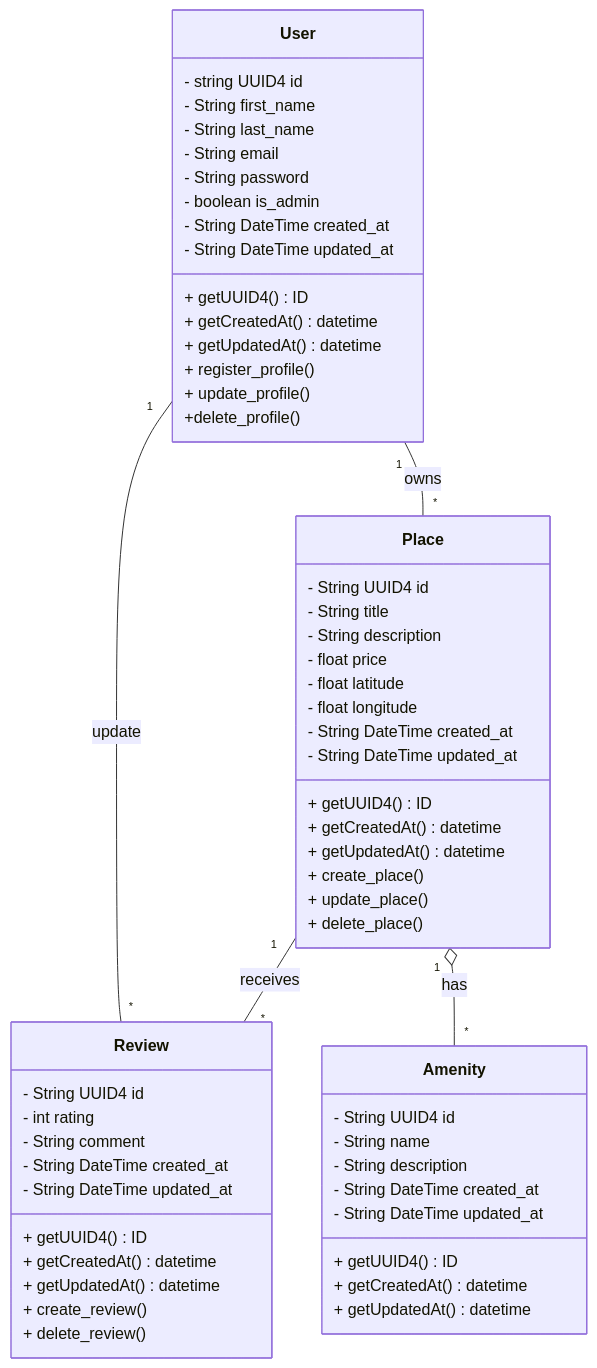
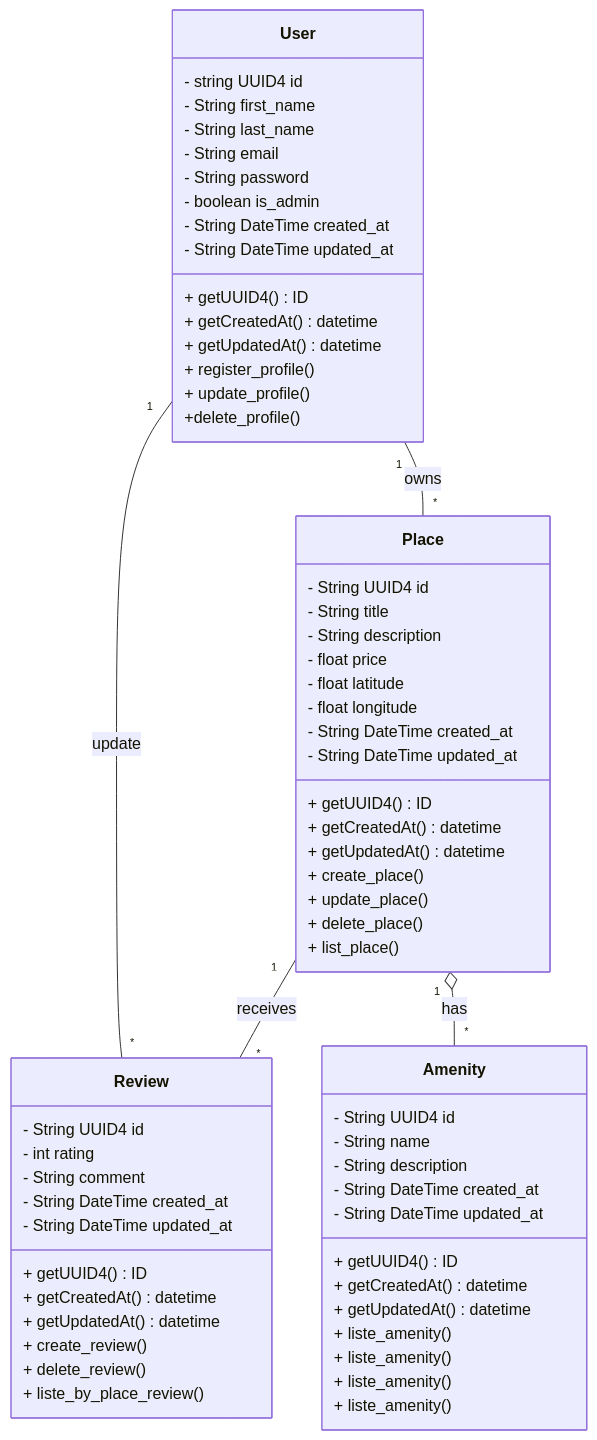
Before and after one commit to SDINAHET/HBnB: the third of 7 diagrams in Part1_UML/README.md, drawn with Mermaid.

Commit message:
update class diagram

````diff
--- a/Part1_UML/README.md
+++ b/Part1_UML/README.md
@@ -66,65 +66,71 @@
 ```mermaid
 classDiagram
     class User {
         - string UUID4 id
         - String first_name
         - String last_name
         - String email
         - String password
         - boolean is_admin
         - String DateTime created_at
         - String DateTime updated_at
         + getUUID4() ID
         + getCreatedAt() datetime
         + getUpdatedAt() datetime
         + register_profile()
         + update_profile()
 		+delete_profile()
     }
 
     class Place {
         - String UUID4 id
         - String title
         - String description
         - float price
         - float latitude
         - float longitude
         - String DateTime created_at
         - String DateTime updated_at
         + getUUID4() ID
         + getCreatedAt() datetime
         + getUpdatedAt() datetime
         + create_place()
         + update_place()
         + delete_place()
+		+ list_place()
     }
 
     class Review {
         - String UUID4 id
         - int rating
         - String comment
         - String DateTime created_at
         - String DateTime updated_at
         + getUUID4() ID
         + getCreatedAt() datetime
         + getUpdatedAt() datetime
         + create_review()
         + delete_review()
+        + liste_by_place_review()
     }
 
     class Amenity {
         - String UUID4 id
         - String name
         - String description
         - String DateTime created_at
         - String DateTime updated_at
         + getUUID4() ID
         + getCreatedAt() datetime
         + getUpdatedAt() datetime
+        + liste_amenity()
+        + liste_amenity()
+        + liste_amenity()
+        + liste_amenity()
     }
 
     User "1" -- "*" Place : owns
     User "1" -- "*" Review : update
     Place "1" -- "*" Review : receives
     Place "1" o-- "*" Amenity : has
 ```
````
